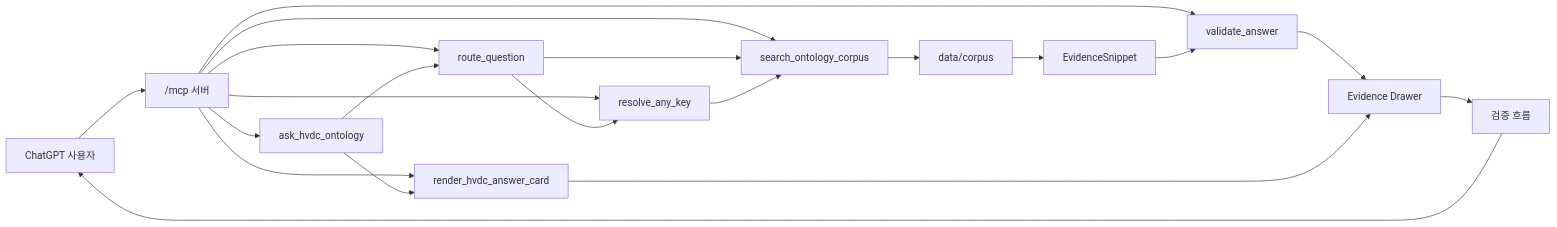
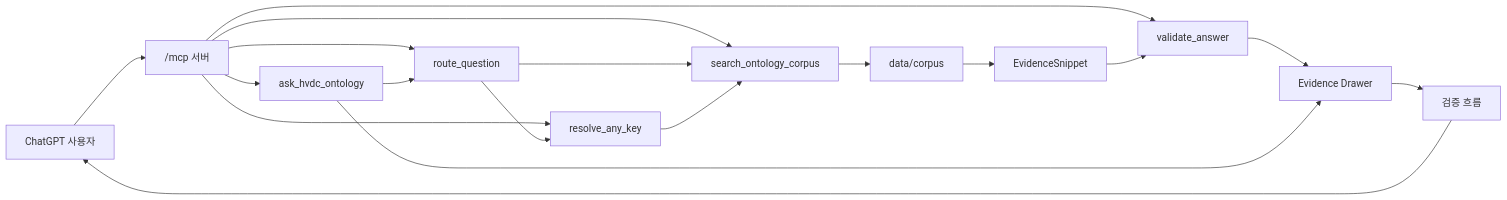
Before and after one commit to macho715/SCT_ONTOLOGY: the diagram in README.md, drawn with Mermaid. The commit also changed other lines of this file and 12 other files, not shown here.

Commit message:
Attach HVDC answer card to ask tool

````diff
--- a/README.md
+++ b/README.md
@@ -47,22 +46,20 @@
 ```mermaid
 flowchart LR
   User["ChatGPT 사용자"] --> Mcp["/mcp 서버"]
   Mcp --> Ask["ask_hvdc_ontology"]
-  Mcp --> Render["render_hvdc_answer_card"]
   Mcp --> Route["route_question"]
   Mcp --> Search["search_ontology_corpus"]
   Mcp --> Resolve["resolve_any_key"]
   Mcp --> Validate["validate_answer"]
   Ask --> Route
   Route --> Search
   Route --> Resolve
   Resolve --> Search
   Search --> Corpus["data/corpus"]
   Corpus --> Evidence["EvidenceSnippet"]
   Evidence --> Validate
   Validate --> Drawer["Evidence Drawer"]
-  Ask --> Render
-  Render --> Drawer
+  Ask --> Drawer
   Drawer --> Review["검증 흐름"]
   Review --> User
 ```
````
